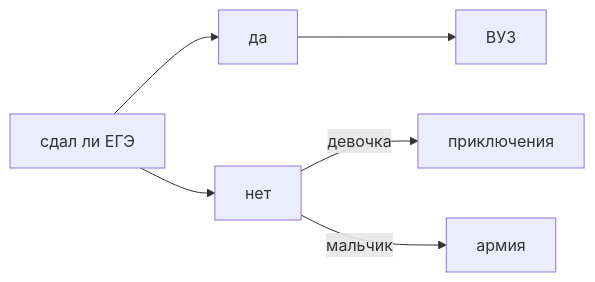
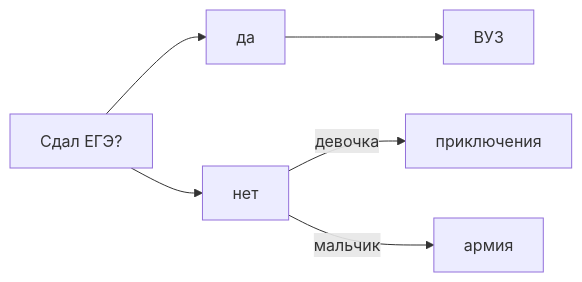
The diagram in README.md (taya02/taya02.github.io), drawn with Mermaid before and after one commit.

````diff
--- a/README.md
+++ b/README.md
@@ -29,9 +29,9 @@
 ```mermaid
 flowchart LR
 
-A[сдал ли ЕГЭ] -->B[да]
+A[Сдал ЕГЭ?] -->B[да]
 B --> C[ВУЗ]
 A --> D[нет]
 D --> |девочка|E[приключения]
 D --> |мальчик|G[армия]
 ```
````
